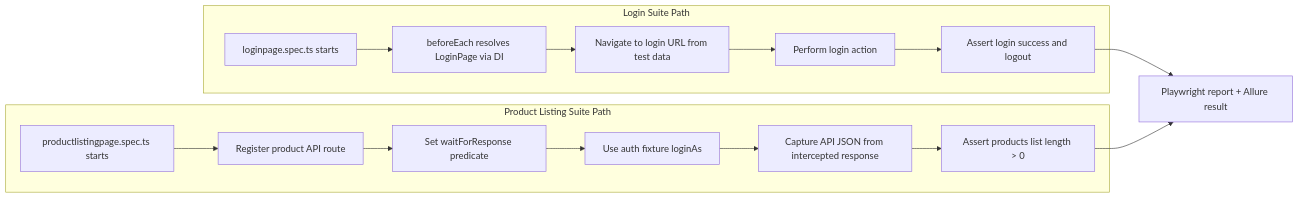
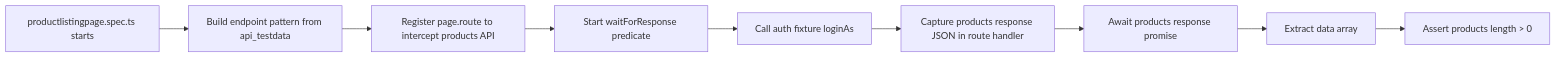
The third of 3 diagrams in README.md (Vijay-Durairaj/Playwright_Framework), drawn with Mermaid before and after one commit. The commit also changed other lines of this file and 2 other files, not shown here.

````diff
--- a/README.md
+++ b/README.md
@@ -136,20 +168,11 @@
 ```mermaid
 flowchart LR
-    subgraph LoginSuite[Login Suite Path]
-        L1[loginpage.spec.ts starts] --> L2[beforeEach resolves LoginPage via DI]
-        L2 --> L3[Navigate to login URL from test data]
-        L3 --> L4[Perform login action]
-        L4 --> L5[Assert login success and logout]
-    end
-
-    subgraph ProductSuite[Product Listing Suite Path]
-        P1[productlistingpage.spec.ts starts] --> P2[Register product API route]
-        P2 --> P3[Set waitForResponse predicate]
-        P3 --> P4[Use auth fixture loginAs]
-        P4 --> P5[Capture API JSON from intercepted response]
-        P5 --> P6[Assert products list length > 0]
-    end
-
-    L5 --> X[Playwright report + Allure result]
-    P6 --> X
+        A[productlistingpage.spec.ts starts] --> B[Build endpoint pattern from api_testdata]
+        B --> C[Register page.route to intercept products API]
+        C --> D[Start waitForResponse predicate]
+        D --> E[Call auth fixture loginAs]
+        E --> F[Capture products response JSON in route handler]
+        F --> G[Await products response promise]
+        G --> H[Extract data array]
+        H --> I[Assert products length > 0]
 ```
````
